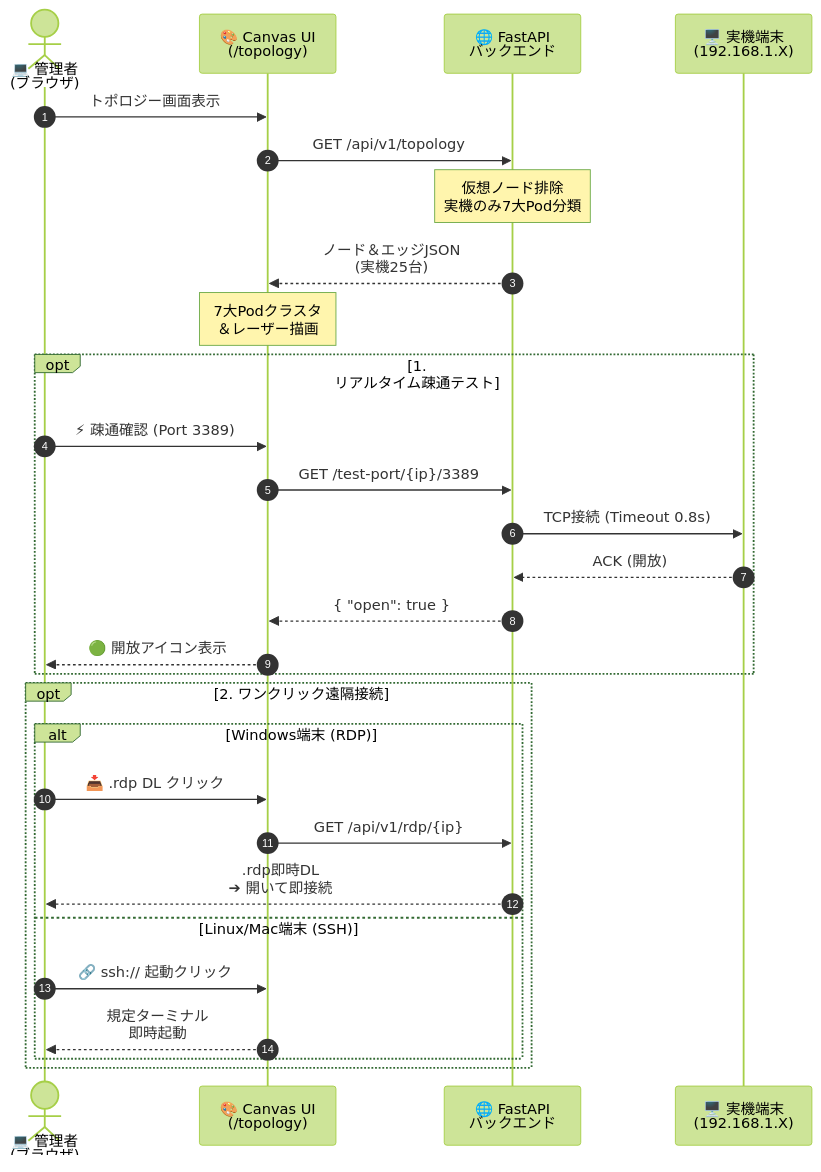
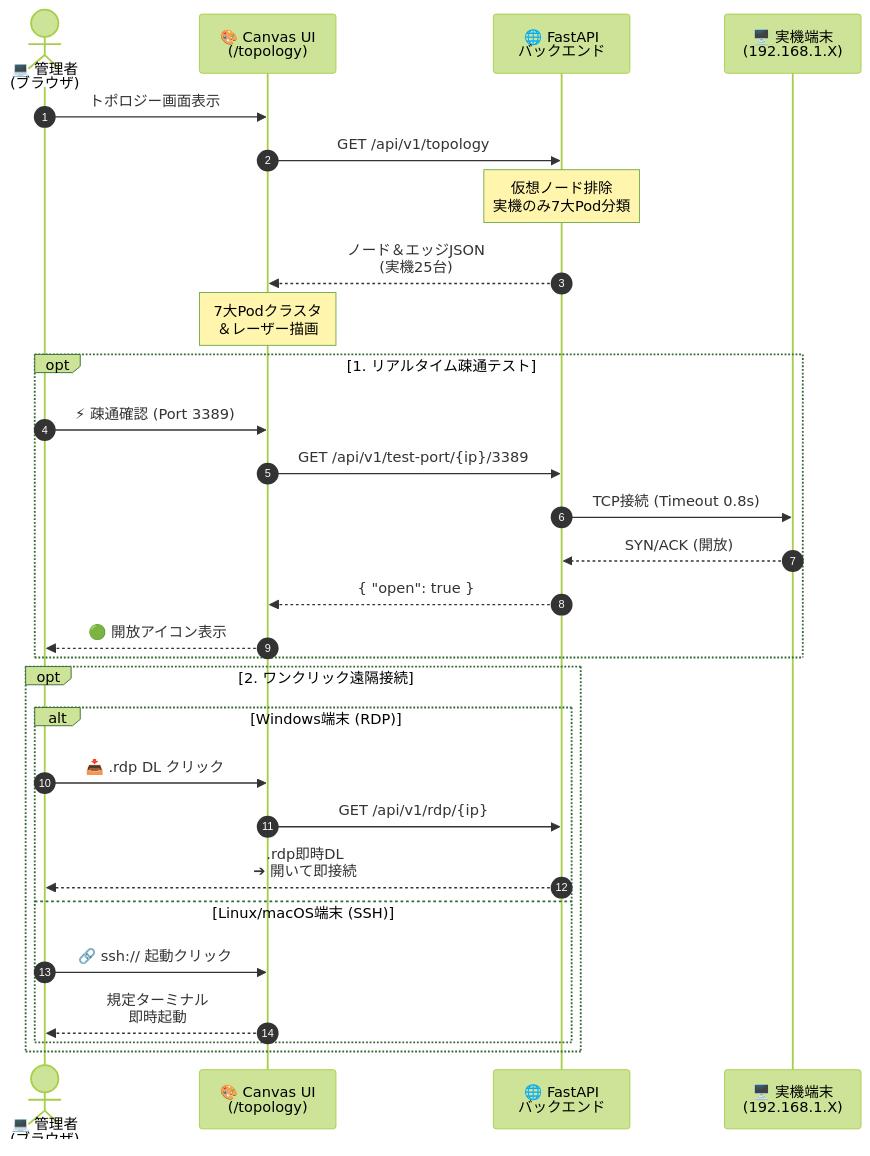
One commit to ojisantech/ojisan-arsenal changed the diagram in QIITA_ARTICLE_DETAIL_6.md. Above: the diagram before and after it, drawn with Mermaid (forest theme). The commit also changed other lines of this file and 6 other files, not shown here.

Commit message:
docs: enrich QIITA_ARTICLE_DETAIL_1..7 with full technical implementation, diagrams, and operational guides from original drafts

````diff
--- a/QIITA_ARTICLE_DETAIL_6.md
+++ b/QIITA_ARTICLE_DETAIL_6.md
@@ -39,34 +34,34 @@
 ```mermaid
 sequenceDiagram
     autonumber
     actor Admin as 💻 管理者<br/>(ブラウザ)
     participant UI as 🎨 Canvas UI<br/>(/topology)
     participant API as 🌐 FastAPI<br/>バックエンド
     participant Target as 🖥️ 実機端末<br/>(192.168.1.X)
 
     Admin->>UI: トポロジー画面表示
     UI->>API: GET /api/v1/topology
     Note over API: 仮想ノード排除<br/>実機のみ7大Pod分類
     API-->>UI: ノード＆エッジJSON<br/>(実機25台)
     Note over UI: 7大Podクラスタ<br/>＆レーザー描画
 
     opt 1. リアルタイム疎通テスト
         Admin->>UI: ⚡ 疎通確認 (Port 3389)
-        UI->>API: GET /test-port/{ip}/3389
+        UI->>API: GET /api/v1/test-port/{ip}/3389
         API->>Target: TCP接続 (Timeout 0.8s)
-        Target-->>API: ACK (開放)
+        Target-->>API: SYN/ACK (開放)
         API-->>UI: { "open": true }
         UI-->>Admin: 🟢 開放アイコン表示
     end
 
     opt 2. ワンクリック遠隔接続
         alt Windows端末 (RDP)
             Admin->>UI: 📥 .rdp DL クリック
             UI->>API: GET /api/v1/rdp/{ip}
             API-->>Admin: .rdp即時DL<br/>➔ 開いて即接続
-        else Linux/Mac端末 (SSH)
+        else Linux/macOS端末 (SSH)
             Admin->>UI: 🔗 ssh:// 起動クリック
             UI-->>Admin: 規定ターミナル<br/>即時起動
         end
     end
 ```
````
